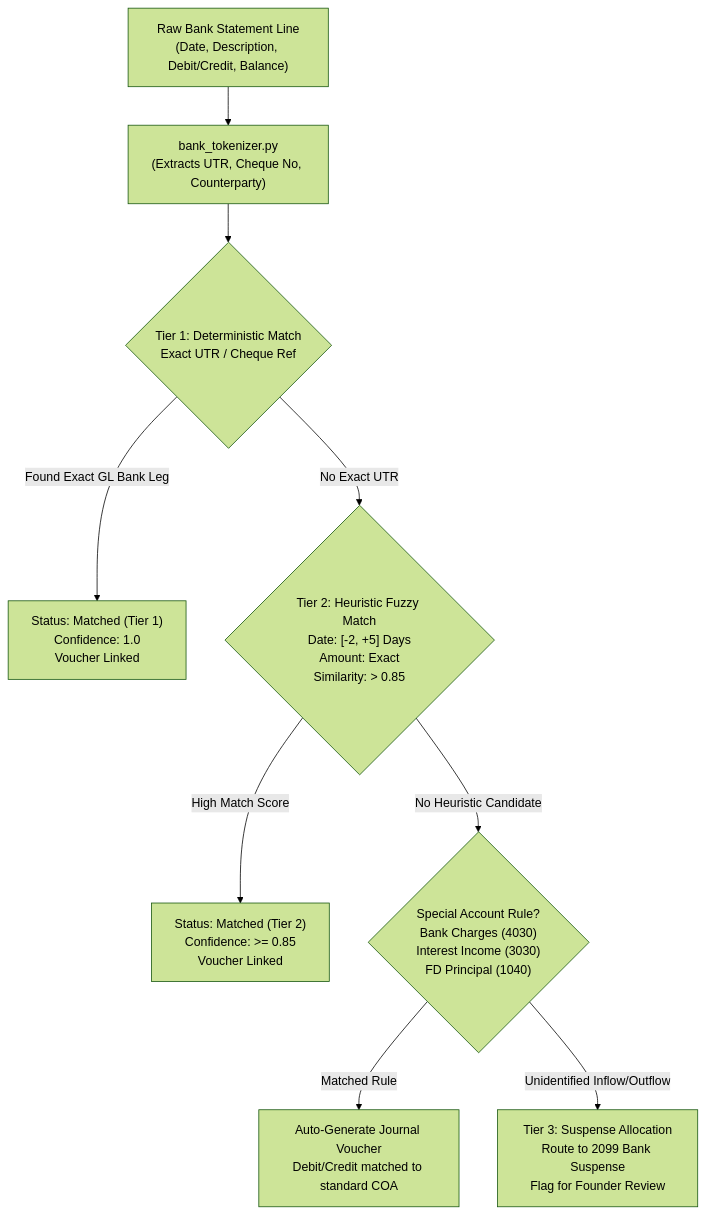
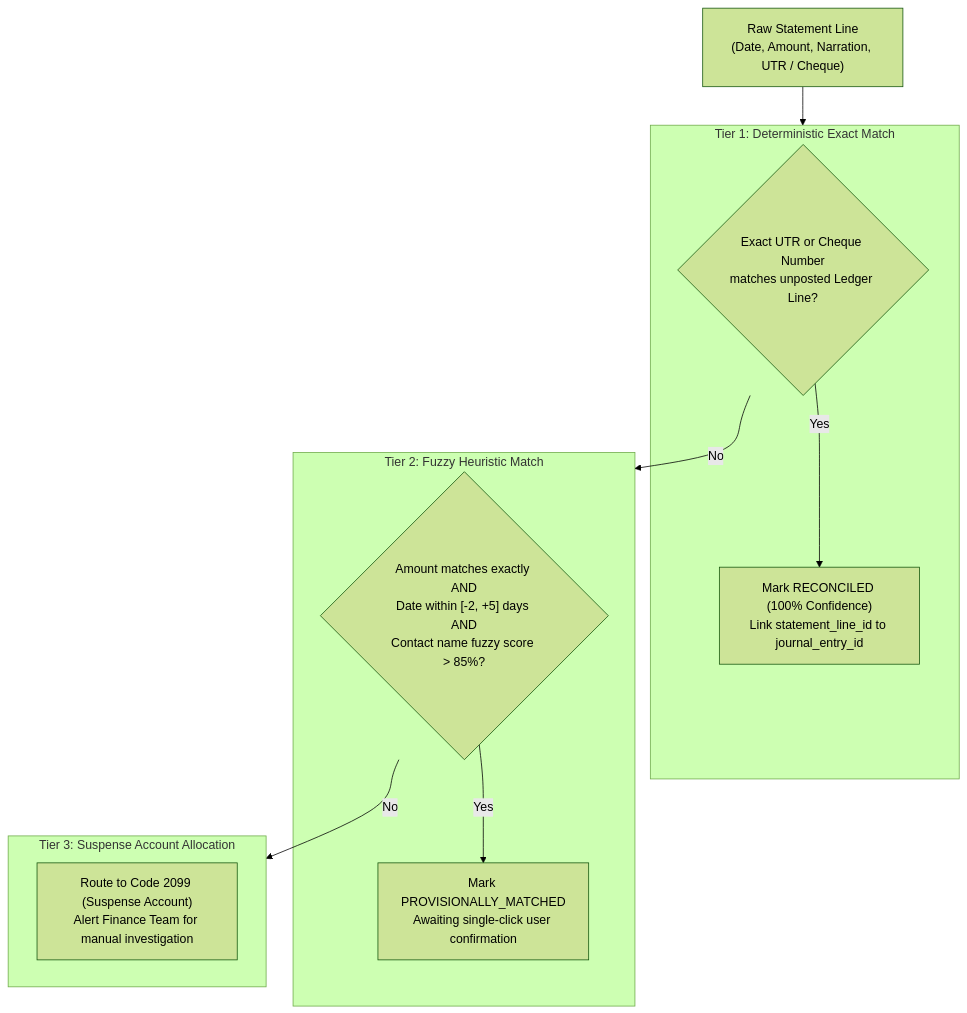
Before and after one commit to aryix-hq/b00k5: the sixth of 7 diagrams in docs/ARCHITECTURE.md, drawn with Mermaid (forest theme). The commit also changed other lines of this file and 162 other files, not shown here.

````diff
--- a/docs/ARCHITECTURE.md
+++ b/docs/ARCHITECTURE.md
@@ -185,15 +211,22 @@
 ```mermaid
 flowchart TD
-    StatementLine["Raw Bank Statement Line<br/>(Date, Description, Debit/Credit, Balance)"] --> Tokenizer["bank_tokenizer.py<br/>(Extracts UTR, Cheque No, Counterparty)"]
-    
-    Tokenizer --> Tier1{"Tier 1: Deterministic Match<br/>Exact UTR / Cheque Ref"}
-    Tier1 -->|Found Exact GL Bank Leg| MatchTier1["Status: Matched (Tier 1)<br/>Confidence: 1.0<br/>Voucher Linked"]
-    
-    Tier1 -->|No Exact UTR| Tier2{"Tier 2: Heuristic Fuzzy Match<br/>Date: [-2, +5] Days<br/>Amount: Exact<br/>Similarity: > 0.85"}
-    Tier2 -->|High Match Score| MatchTier2["Status: Matched (Tier 2)<br/>Confidence: >= 0.85<br/>Voucher Linked"]
-    
-    Tier2 -->|No Heuristic Candidate| AutoCategory{"Special Account Rule?<br/>Bank Charges (4030)<br/>Interest Income (3030)<br/>FD Principal (1040)"}
-    AutoCategory -->|Matched Rule| AutoVoucher["Auto-Generate Journal Voucher<br/>Debit/Credit matched to standard COA"]
-    
-    AutoCategory -->|Unidentified Inflow/Outflow| Tier3["Tier 3: Suspense Allocation<br/>Route to 2099 Bank Suspense<br/>Flag for Founder Review"]
+    StatementLine["Raw Statement Line<br/>(Date, Amount, Narration, UTR / Cheque)"] --> Tier1
+
+    subgraph Tier1 ["Tier 1: Deterministic Exact Match"]
+        T1Check{"Exact UTR or Cheque Number<br/>matches unposted Ledger Line?"}
+        T1Check -->|Yes| T1Match["Mark RECONCILED (100% Confidence)<br/>Link statement_line_id to journal_entry_id"]
+    end
+
+    T1Check -->|No| Tier2
+
+    subgraph Tier2 ["Tier 2: Fuzzy Heuristic Match"]
+        T2Check{"Amount matches exactly AND<br/>Date within [-2, +5] days AND<br/>Contact name fuzzy score > 85%?"}
+        T2Check -->|Yes| T2Match["Mark PROVISIONALLY_MATCHED<br/>Awaiting single-click user confirmation"]
+    end
+
+    T2Check -->|No| Tier3
+
+    subgraph Tier3 ["Tier 3: Suspense Account Allocation"]
+        T3Action["Route to Code 2099 (Suspense Account)<br/>Alert Finance Team for manual investigation"]
+    end
 ```
````
